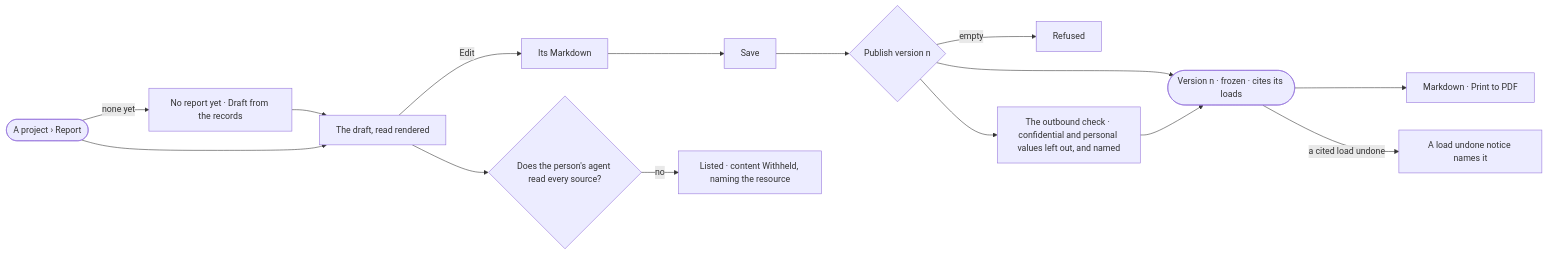
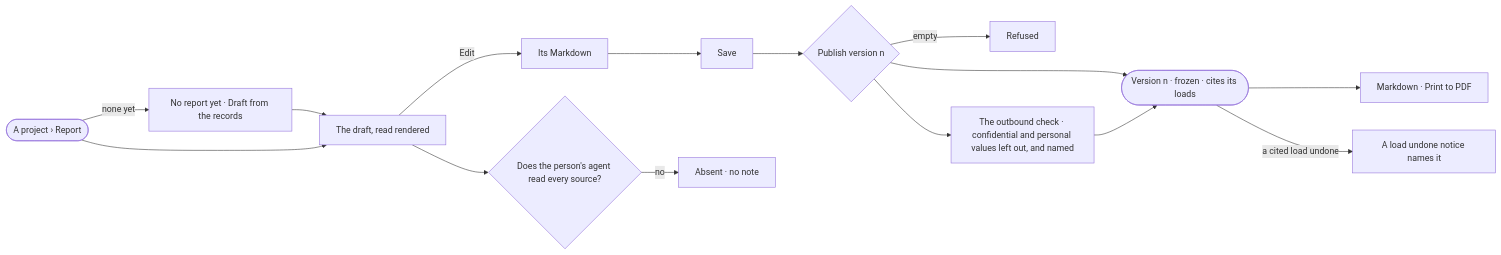
Before and after one commit to invana/invana: the diagram in specs/capabilities/projects/features/PJ-F05-project-reports/stories/PJ-14-publish-what-we-decided/story.md, drawn with Mermaid. The commit also changed other lines of this file and 69 other files, not shown here.

````diff
--- a/specs/capabilities/projects/features/PJ-F05-project-reports/stories/PJ-14-publish-what-we-decided/story.md
+++ b/specs/capabilities/projects/features/PJ-F05-project-reports/stories/PJ-14-publish-what-we-decided/story.md
@@ -29,15 +29,15 @@
 ```mermaid
 flowchart LR
   s([A project › Report]) -->|none yet| e["No report yet · Draft from the records"]
   e --> d["The draft, read rendered"]
   s --> d
   d -->|Edit| m["Its Markdown"] --> sv["Save"]
   sv --> p{"Publish version n"}
   p -->|empty| r["Refused"]
   p --> v(["Version n · frozen · cites its loads"])
   p --> ob["The outbound check · confidential and personal values left out, and named"] --> v
   d --> w{"Does the person's agent read every source?"}
-  w -->|no| red["Listed · content Withheld, naming the resource"]
+  w -->|no| red["Absent · no note"]
   v --> x["Markdown · Print to PDF"]
   v -->|a cited load undone| n["A load undone notice names it"]
 ```
````
